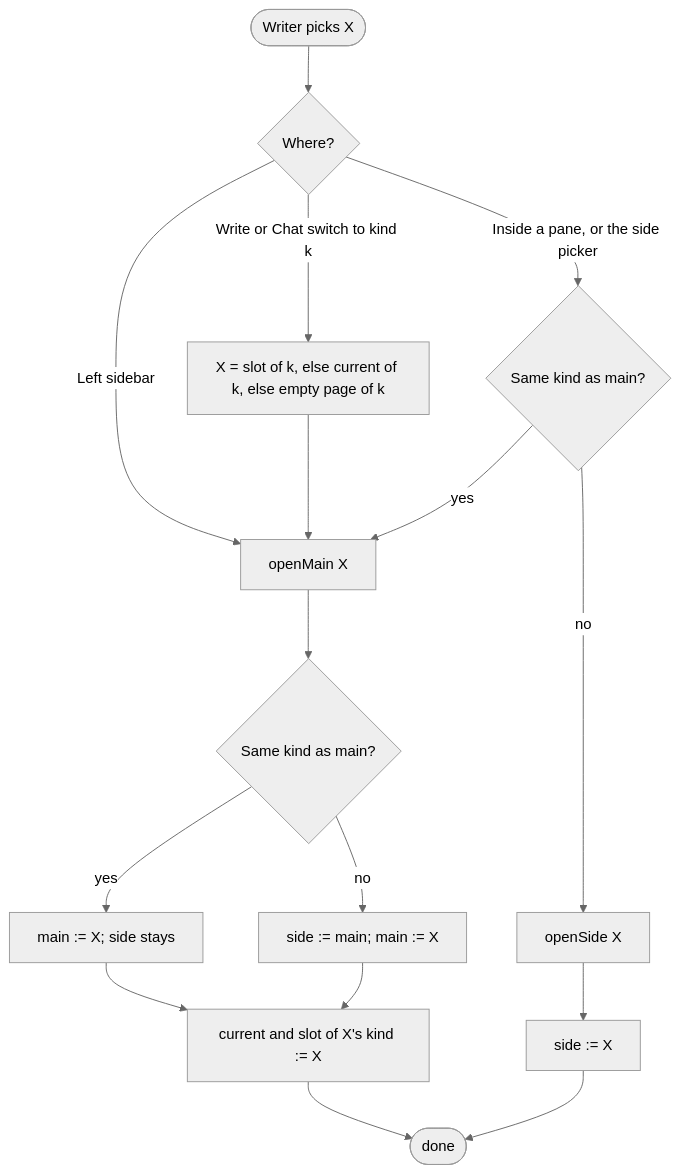
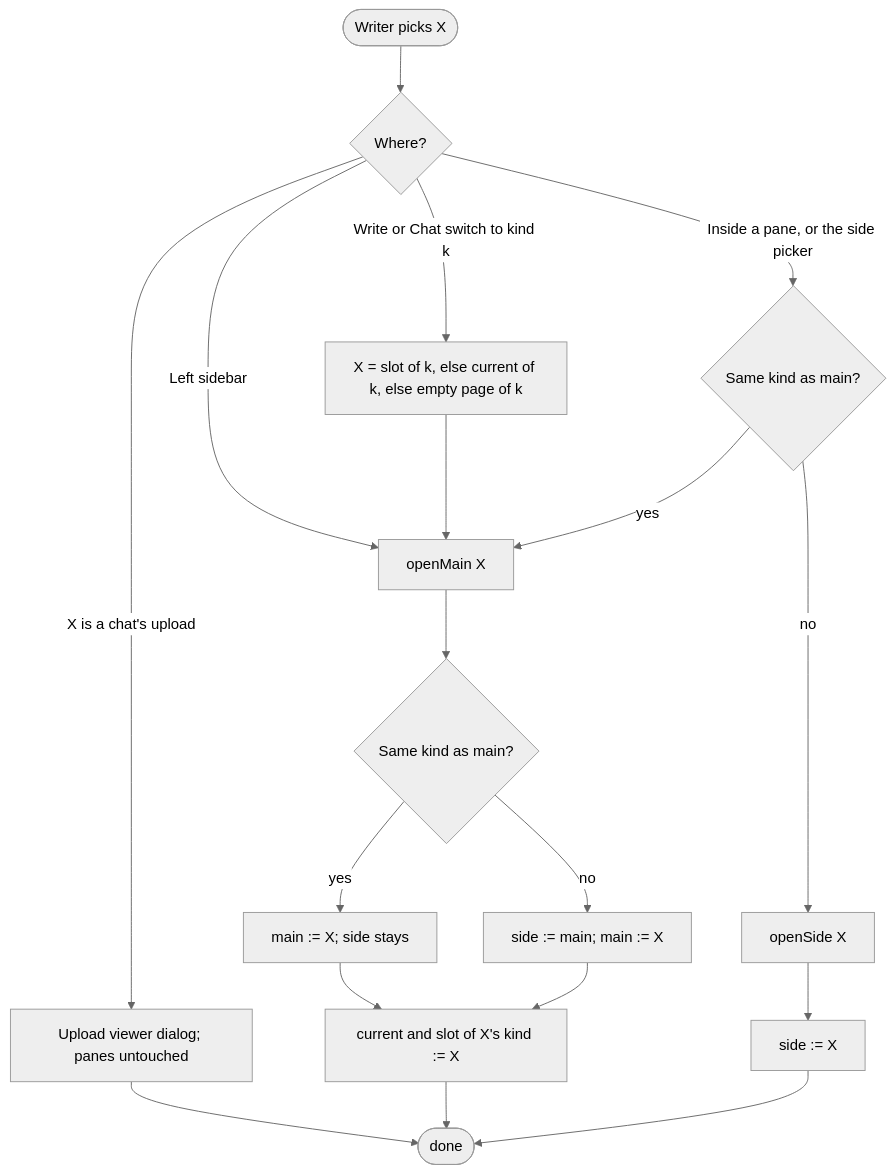
Before and after one commit to haowjy/meridian-flow: the first of 3 diagrams in apps/app/src/features/project/.context/pane-state-machine.md, drawn with Mermaid (neutral theme). The commit also changed other lines of this file and 9 other files, not shown here.

First line of the commit message:
fix(chat): an upload's chip opens the upload viewer

````diff
--- a/apps/app/src/features/project/.context/pane-state-machine.md
+++ b/apps/app/src/features/project/.context/pane-state-machine.md
@@ -41,16 +44,17 @@
 ```mermaid
 flowchart TD
   pick([Writer picks X]) --> where{Where?}
+  where -->|X is a chat's upload| dlg[Upload viewer dialog; panes untouched] --> done
   where -->|Left sidebar| om[openMain X]
   where -->|Write or Chat switch to kind k| cur[X = slot of k, else current of k, else empty page of k] --> om
   where -->|Inside a pane, or the side picker| inPane{Same kind as main?}
   inPane -->|yes| om
   inPane -->|no| os[openSide X]
   om --> kind{Same kind as main?}
   kind -->|yes| rep[main := X; side stays]
   kind -->|no| swap[side := main; main := X]
   rep --> setcur[current and slot of X's kind := X]
   swap --> setcur
   setcur --> done([done])
   os --> sideset[side := X] --> done
 ```
````
